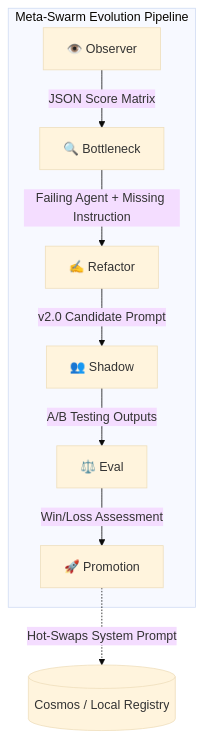
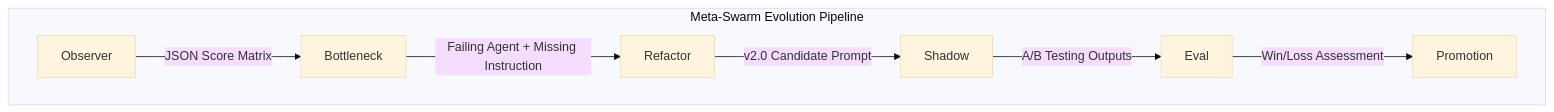
Before and after one commit to ARPIT-NAYAK-LEGEND/MetaSwarmAgents: the second of 2 diagrams in README.md, drawn with Mermaid (base theme). The commit also changed other lines of this file, not shown here.

Commit message:
Update README.md by replaacing graph with floechart

````diff
--- a/README.md
+++ b/README.md
@@ -46,12 +46,10 @@
 ```mermaid
-graph TD
+flowchart TD
     subgraph Meta-Swarm Evolution Pipeline
-        O[👁️ Observer] -->|JSON Score Matrix| B[🔍 Bottleneck]
-        B -->|Failing Agent + Missing Instruction| R[✍️ Refactor]
-        R -->|v2.0 Candidate Prompt| S[👥 Shadow]
-        S -->|A/B Testing Outputs| E[⚖️ Eval]
-        E -->|Win/Loss Assessment| P[🚀 Promotion]
+        O[Observer] -->|JSON Score Matrix| B[Bottleneck]
+        B -->|Failing Agent + Missing Instruction| R[Refactor]
+        R -->|v2.0 Candidate Prompt| S[Shadow]
+        S -->|A/B Testing Outputs| E[Eval]
+        E -->|Win/Loss Assessment| P[Promotion]
     end
-
-    P -. "Hot-Swaps System Prompt" .-> Registry[(Cosmos / Local Registry)]
 ```
````
